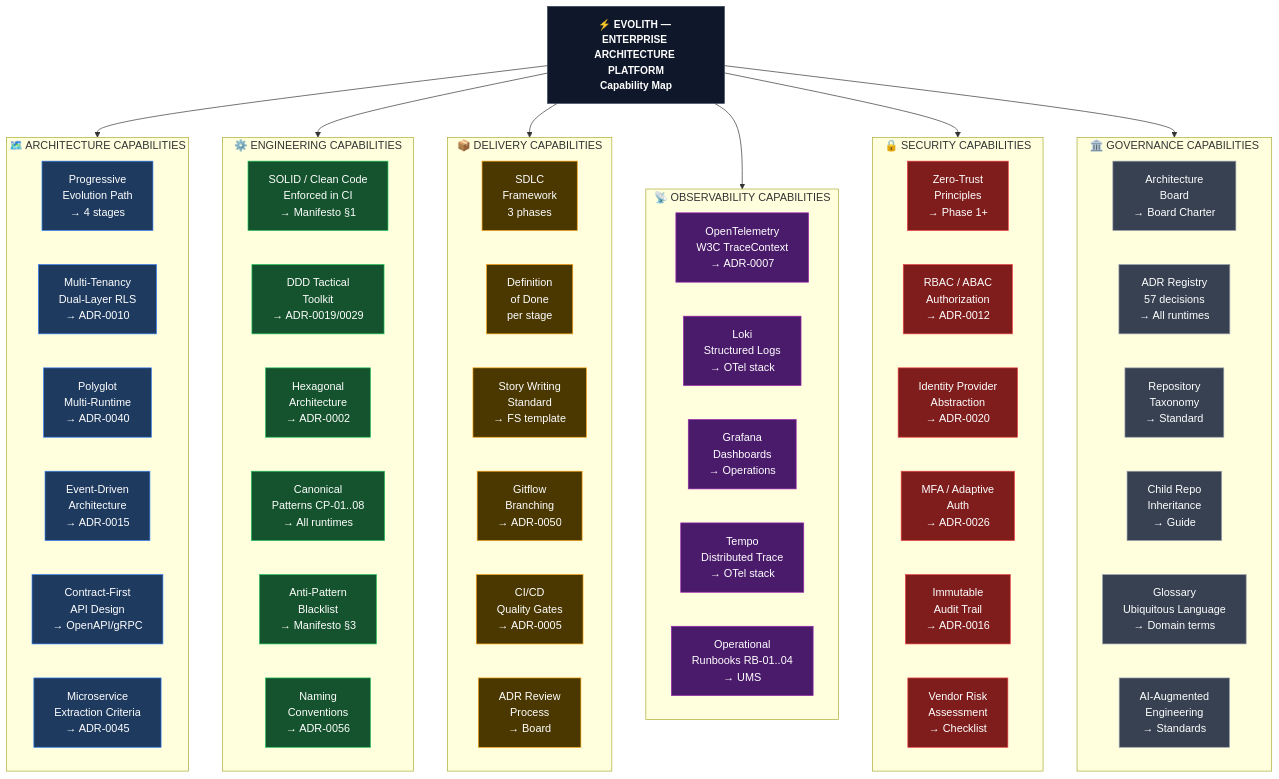
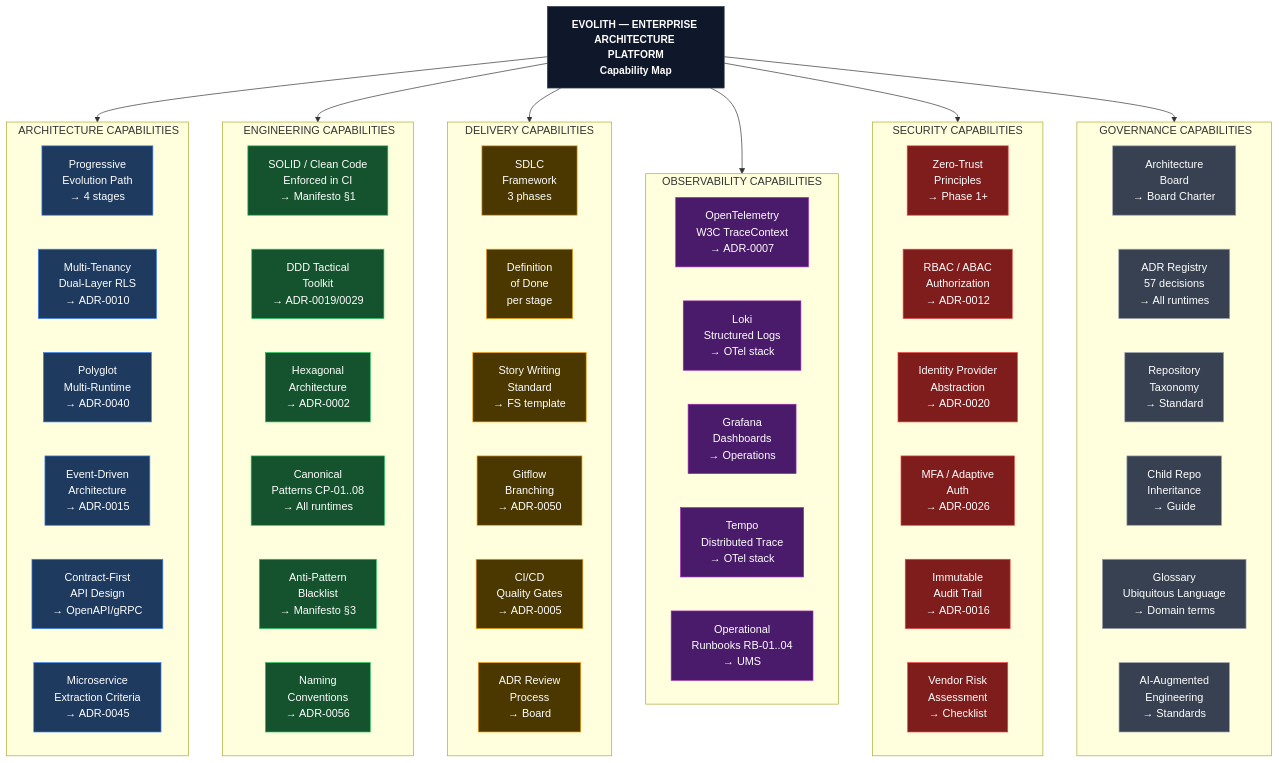
One commit to beyondnetcode/evolith_arch32 changed the first of 3 diagrams in reference/governance/standards/communication/visuals/v03-capability-map.md. Above: the diagram before and after it, drawn with Mermaid. The commit also changed other lines of this file and 41 other files, not shown here.

````diff
--- a/reference/governance/standards/communication/visuals/v03-capability-map.md
+++ b/reference/governance/standards/communication/visuals/v03-capability-map.md
@@ -17,78 +17,78 @@
 ```mermaid
 flowchart TB
     classDef title fill:#0f172a,stroke:#334155,color:#fff,font-weight:bold,font-size:15px
     classDef cap_arch fill:#1e3a5f,stroke:#3b82f6,color:#fff
     classDef cap_eng fill:#14532d,stroke:#22c55e,color:#fff
     classDef cap_del fill:#4a3800,stroke:#f59e0b,color:#fff
     classDef cap_ops fill:#4a1a6b,stroke:#9c27b0,color:#fff
     classDef cap_sec fill:#7f1d1d,stroke:#ef4444,color:#fff
     classDef cap_gov fill:#374151,stroke:#9ca3af,color:#fff
 
-    TITLE["⚡ EVOLITH — ENTERPRISE ARCHITECTURE PLATFORM\nCapability Map"]:::title
+    TITLE[" EVOLITH — ENTERPRISE ARCHITECTURE PLATFORM\nCapability Map"]:::title
 
-    subgraph ARCH["🗺️ ARCHITECTURE CAPABILITIES"]
+    subgraph ARCH["️ ARCHITECTURE CAPABILITIES"]
         direction LR
         A1["Progressive\nEvolution Path\n→ 4 stages"]:::cap_arch
         A2["Multi-Tenancy\nDual-Layer RLS\n→ ADR-0010"]:::cap_arch
         A3["Polyglot\nMulti-Runtime\n→ ADR-0040"]:::cap_arch
         A4["Event-Driven\nArchitecture\n→ ADR-0015"]:::cap_arch
         A5["Contract-First\nAPI Design\n→ OpenAPI/gRPC"]:::cap_arch
         A6["Microservice\nExtraction Criteria\n→ ADR-0045"]:::cap_arch
     end
 
-    subgraph ENG["⚙️ ENGINEERING CAPABILITIES"]
+    subgraph ENG["️ ENGINEERING CAPABILITIES"]
         direction LR
         E1["SOLID / Clean Code\nEnforced in CI\n→ Manifesto §1"]:::cap_eng
         E2["DDD Tactical\nToolkit\n→ ADR-0019/0029"]:::cap_eng
         E3["Hexagonal\nArchitecture\n→ ADR-0002"]:::cap_eng
         E4["Canonical\nPatterns CP-01..08\n→ All runtimes"]:::cap_eng
         E5["Anti-Pattern\nBlacklist\n→ Manifesto §3"]:::cap_eng
         E6["Naming\nConventions\n→ ADR-0056"]:::cap_eng
     end
 
-    subgraph DEL["📦 DELIVERY CAPABILITIES"]
+    subgraph DEL[" DELIVERY CAPABILITIES"]
         direction LR
         D1["SDLC\nFramework\n3 phases"]:::cap_del
         D2["Definition\nof Done\nper stage"]:::cap_del
         D3["Story Writing\nStandard\n→ FS template"]:::cap_del
         D4["Gitflow\nBranching\n→ ADR-0050"]:::cap_del
         D5["CI/CD\nQuality Gates\n→ ADR-0005"]:::cap_del
         D6["ADR Review\nProcess\n→ Board"]:::cap_del
     end
 
-    subgraph OBS["📡 OBSERVABILITY CAPABILITIES"]
+    subgraph OBS[" OBSERVABILITY CAPABILITIES"]
         direction LR
         O1["OpenTelemetry\nW3C TraceContext\n→ ADR-0007"]:::cap_ops
         O2["Loki\nStructured Logs\n→ OTel stack"]:::cap_ops
         O3["Grafana\nDashboards\n→ Operations"]:::cap_ops
         O4["Tempo\nDistributed Trace\n→ OTel stack"]:::cap_ops
         O5["Operational\nRunbooks RB-01..04\n→ UMS"]:::cap_ops
     end
 
-    subgraph SEC["🔒 SECURITY CAPABILITIES"]
+    subgraph SEC[" SECURITY CAPABILITIES"]
         direction LR
         S1["Zero-Trust\nPrinciples\n→ Phase 1+"]:::cap_sec
         S2["RBAC / ABAC\nAuthorization\n→ ADR-0012"]:::cap_sec
         S3["Identity Provider\nAbstraction\n→ ADR-0020"]:::cap_sec
         S4["MFA / Adaptive\nAuth\n→ ADR-0026"]:::cap_sec
         S5["Immutable\nAudit Trail\n→ ADR-0016"]:::cap_sec
         S6["Vendor Risk\nAssessment\n→ Checklist"]:::cap_sec
     end
 
-    subgraph GOV["🏛️ GOVERNANCE CAPABILITIES"]
+    subgraph GOV["️ GOVERNANCE CAPABILITIES"]
         direction LR
         G1["Architecture\nBoard\n→ Board Charter"]:::cap_gov
         G2["ADR Registry\n57 decisions\n→ All runtimes"]:::cap_gov
         G3["Repository\nTaxonomy\n→ Standard"]:::cap_gov
         G4["Child Repo\nInheritance\n→ Guide"]:::cap_gov
         G5["Glossary\nUbiquitous Language\n→ Domain terms"]:::cap_gov
         G6["AI-Augmented\nEngineering\n→ Standards"]:::cap_gov
     end
 
     TITLE --> ARCH
     TITLE --> ENG
     TITLE --> DEL
     TITLE --> OBS
     TITLE --> SEC
     TITLE --> GOV
 ```
````
